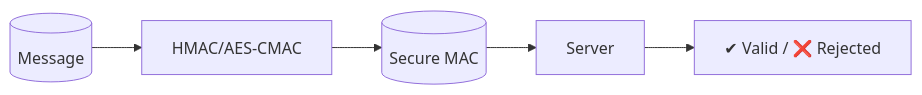
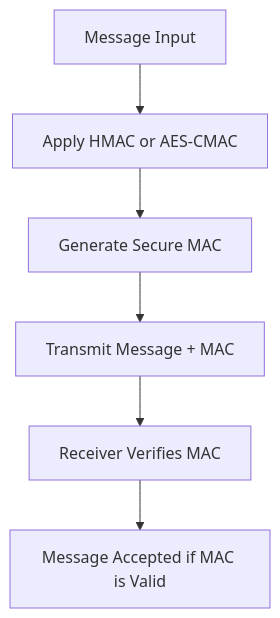
One commit to ZiadMahmoud2003/Demonstrating-and-Mitigating-a-Message-Integrity-Attack-MAC-Forgery- changed the second of 2 diagrams in README.md. Above: the diagram before and after it, drawn with Mermaid. The commit also changed other lines of this file, not shown here.

````diff
--- a/README.md
+++ b/README.md
@@ -43,4 +53,8 @@
 ```mermaid
-flowchart LR
-    Legit[(Message)] --> HMAC/AES-CMAC --> SecureMAC[(Secure MAC)] --> Server --> Verify[✔ Valid / ❌ Rejected]
+flowchart TD
+    A[Message Input] --> B[Apply HMAC or AES-CMAC]
+    B --> C[Generate Secure MAC]
+    C --> D[Transmit Message + MAC]
+    D --> E[Receiver Verifies MAC]
+    E --> F[Message Accepted if MAC is Valid]
 ```
````
